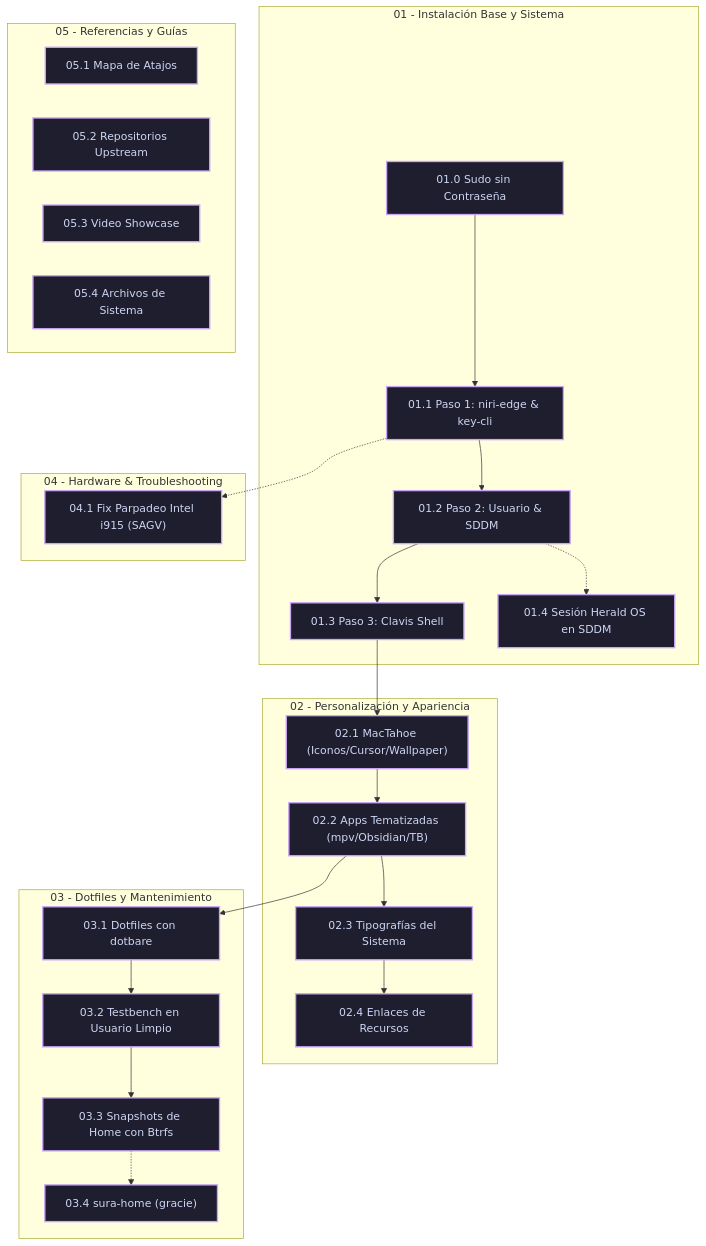
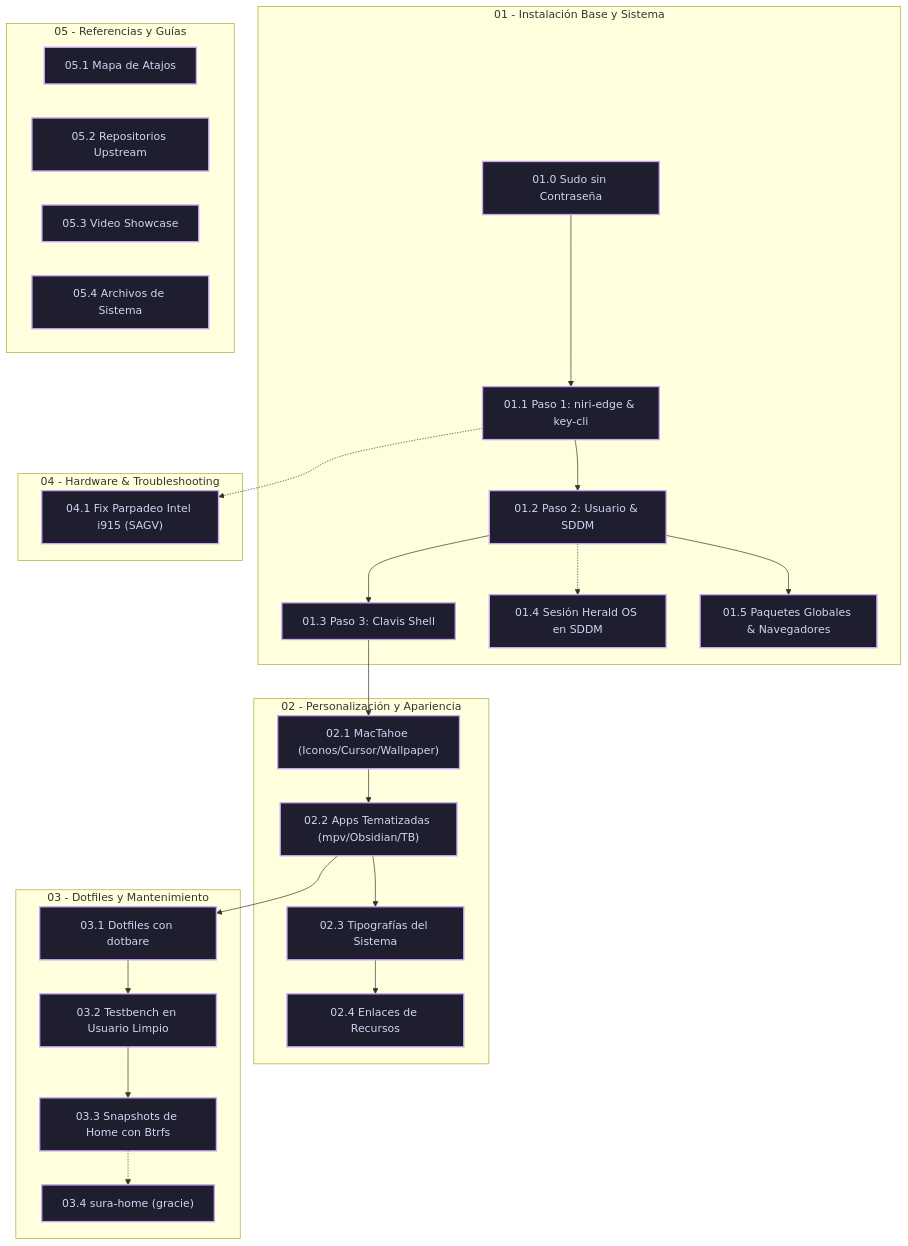
One commit to robert-flo/PJ-NIRI-rf-omarchy-playbooks changed the diagram in 00 - Indice General (MOC).md. Above: the diagram before and after it, drawn with Mermaid. The commit also changed other lines of this file and 4 other files, not shown here.

Commit message:
feat: anadir guia de instalacion de paquetes globales y navegadores (01.5)

````diff
--- a/00 - Indice General (MOC).md
+++ b/00 - Indice General (MOC).md
@@ -36,37 +36,38 @@
 ```mermaid
 flowchart TD
     subgraph Fase1["01 - Instalación Base y Sistema"]
         A["01.0 Sudo sin Contraseña"] --> B["01.1 Paso 1: niri-edge & key-cli"]
         B --> C["01.2 Paso 2: Usuario & SDDM"]
         C --> D["01.3 Paso 3: Clavis Shell"]
         C -.-> P["01.4 Sesión Herald OS en SDDM"]
+        C --> S["01.5 Paquetes Globales & Navegadores"]
     end
 
     subgraph Fase2["02 - Personalización y Apariencia"]
         D --> E["02.1 MacTahoe (Iconos/Cursor/Wallpaper)"]
         E --> F["02.2 Apps Tematizadas (mpv/Obsidian/TB)"]
         F --> G["02.3 Tipografías del Sistema"]
         G --> H["02.4 Enlaces de Recursos"]
     end
 
     subgraph Fase3["03 - Dotfiles y Mantenimiento"]
         F --> I["03.1 Dotfiles con dotbare"]
         I --> J["03.2 Testbench en Usuario Limpio"]
         J --> K["03.3 Snapshots de Home con Btrfs"]
         K -.-> Q["03.4 sura-home (gracie)"]
     end
 
     subgraph Fase4["04 - Hardware & Troubleshooting"]
         B -.-> L["04.1 Fix Parpadeo Intel i915 (SAGV)"]
     end
 
     subgraph Fase5["05 - Referencias y Guías"]
         M["05.1 Mapa de Atajos"]
         N["05.2 Repositorios Upstream"]
         O["05.3 Video Showcase"]
         R["05.4 Archivos de Sistema"]
     end
 
     classDef default fill:#1e1e2e,stroke:#cba6f7,stroke-width:2px,color:#cdd6f4;
     classDef phase fill:#181825,stroke:#89b4fa,stroke-width:2px,color:#89b4fa;
 ```
````
